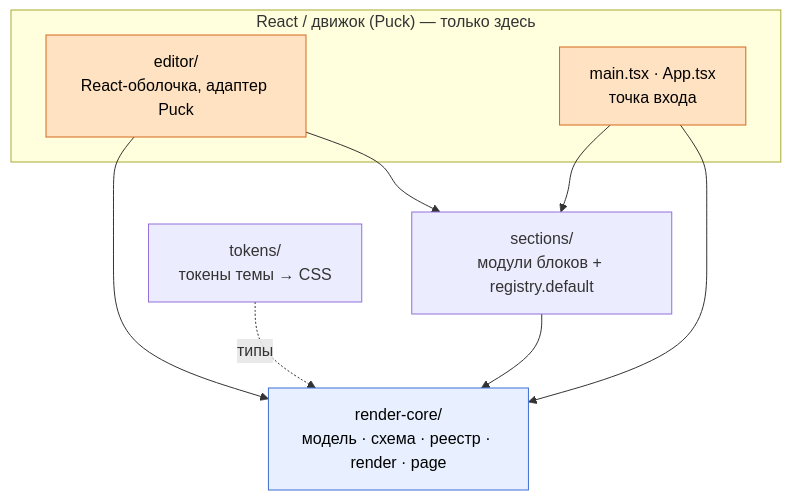
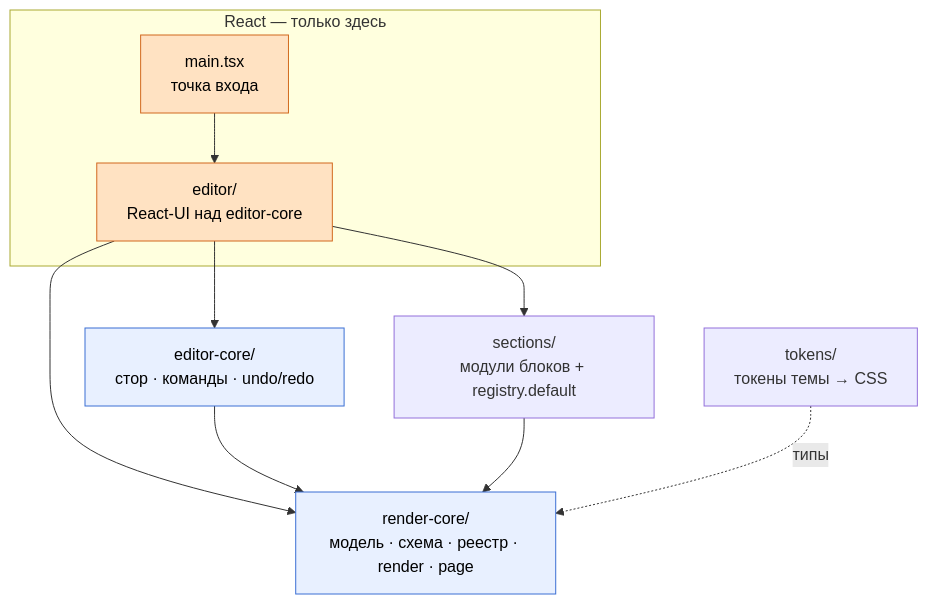
Before and after one commit to skid-rock/studio: the diagram in docs/architecture.md, drawn with Mermaid. The commit also changed other lines of this file and 68 other files, not shown here.

````diff
--- a/docs/architecture.md
+++ b/docs/architecture.md
@@ -39,23 +40,25 @@
 ```mermaid
 graph TD
   classDef core fill:#e8f0ff,stroke:#3b6fd4,color:#000;
   classDef react fill:#ffe2c2,stroke:#d2691e,color:#000;
 
-  subgraph EXT["React / движок (Puck) — только здесь"]
-    EDITOR["editor/<br/>React-оболочка, адаптер Puck"]:::react
-    MAIN["main.tsx · App.tsx<br/>точка входа"]:::react
+  subgraph EXT["React — только здесь"]
+    EDITOR["editor/<br/>React-UI над editor-core"]:::react
+    MAIN["main.tsx<br/>точка входа"]:::react
   end
 
+  ECORE["editor-core/<br/>стор · команды · undo/redo"]:::core
   SECTIONS["sections/<br/>модули блоков + registry.default"]
   TOKENS["tokens/<br/>токены темы → CSS"]
   CORE["render-core/<br/>модель · схема · реестр · render · page"]:::core
 
+  EDITOR --> ECORE
   EDITOR --> CORE
   EDITOR --> SECTIONS
-  MAIN --> SECTIONS
-  MAIN --> CORE
+  MAIN --> EDITOR
+  ECORE --> CORE
   SECTIONS --> CORE
   TOKENS -.типы.-> CORE
 
-  %% Ядро не имеет исходящих стрелок к React/движку — в этом весь инвариант.
+  %% Ядро не имеет исходящих стрелок к React — в этом весь инвариант.
 ```
````
